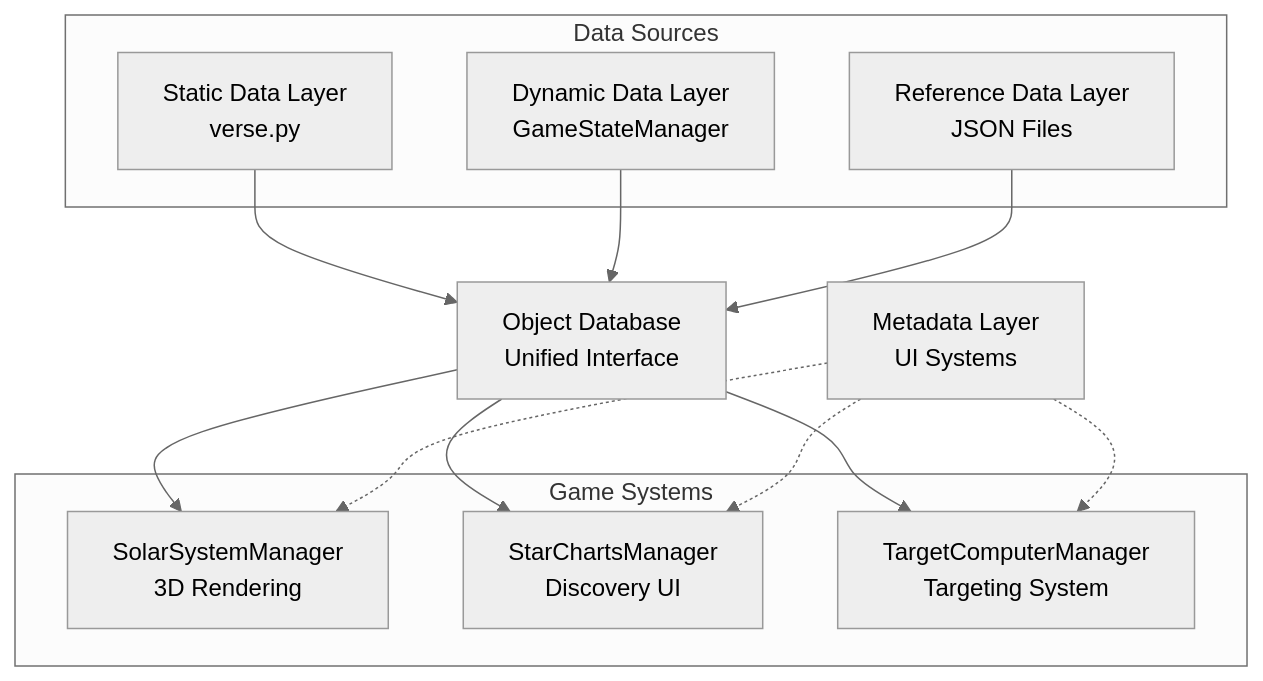
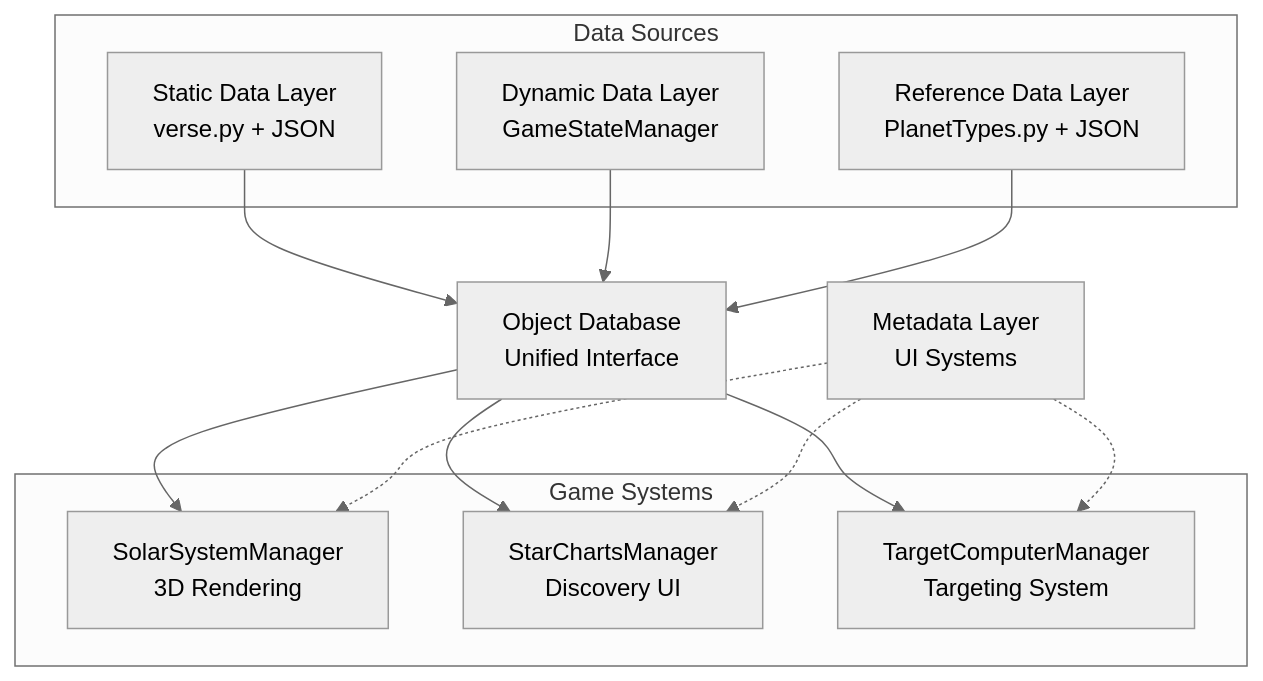
One commit to thoracle/planetz changed the first of 4 diagrams in docs/unified_data_architecture_refactor_plan.md. Above: the diagram before and after it, drawn with Mermaid (neutral theme). The commit also changed other lines of this file, not shown here.

Commit message:
Complete revision of unified data architecture refactor plan - fixed all compatibility issues and data structure mismatches

````diff
--- a/docs/unified_data_architecture_refactor_plan.md
+++ b/docs/unified_data_architecture_refactor_plan.md
@@ -28,26 +29,26 @@
 ```mermaid
 graph TD
-    A[Static Data Layer<br/>verse.py] --> D[Object Database<br/>Unified Interface]
+    A[Static Data Layer<br/>verse.py + JSON] --> D[Object Database<br/>Unified Interface]
     B[Dynamic Data Layer<br/>GameStateManager] --> D
-    C[Reference Data Layer<br/>JSON Files] --> D
-    
+    C[Reference Data Layer<br/>PlanetTypes.py + JSON] --> D
+
     D --> E[SolarSystemManager<br/>3D Rendering]
     D --> F[StarChartsManager<br/>Discovery UI]
     D --> G[TargetComputerManager<br/>Targeting System]
-    
+
     H[Metadata Layer<br/>UI Systems] -.-> E
     H -.-> F
     H -.-> G
-    
+
     subgraph "Data Sources"
         A
         B
         C
     end
-    
+
     subgraph "Game Systems"
         E
         F
         G
     end
 ```
````
